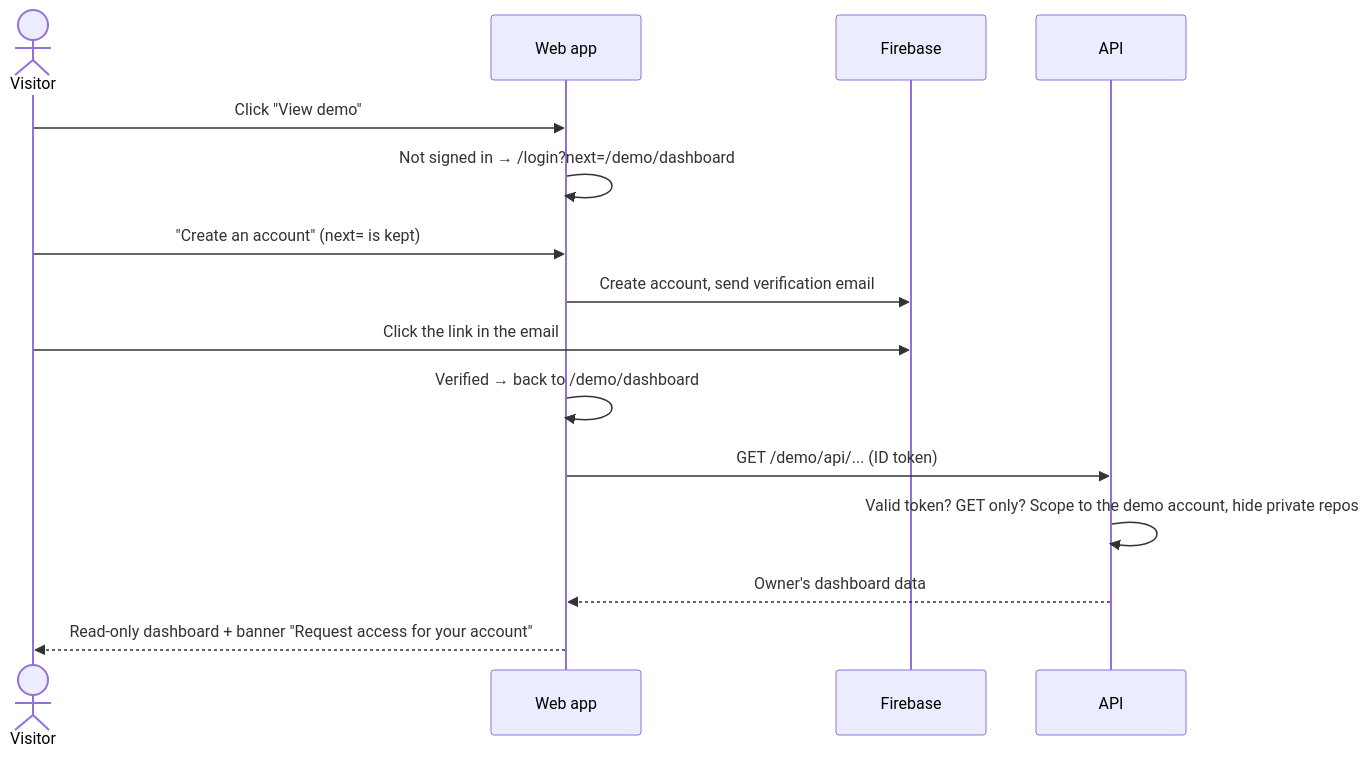
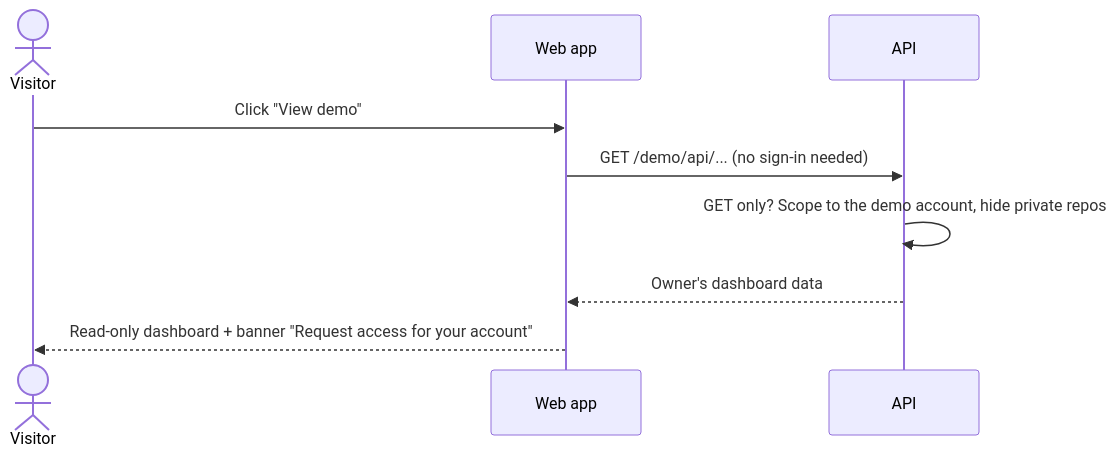
The first of 4 diagrams in docs/workflows.md (KalyanM45/GitPulse), drawn with Mermaid before and after one commit. The commit also changed other lines of this file and 11 other files, not shown here.

````diff
--- a/docs/workflows.md
+++ b/docs/workflows.md
@@ -24,17 +24,11 @@
 ```mermaid
 sequenceDiagram
     actor V as Visitor
     participant W as Web app
-    participant F as Firebase
     participant A as API
     V->>W: Click "View demo"
-    W->>W: Not signed in → /login?next=/demo/dashboard
-    V->>W: "Create an account" (next= is kept)
-    W->>F: Create account, send verification email
-    V->>F: Click the link in the email
-    W->>W: Verified → back to /demo/dashboard
-    W->>A: GET /demo/api/... (ID token)
-    A->>A: Valid token? GET only? Scope to the demo account, hide private repos
+    W->>A: GET /demo/api/... (no sign-in needed)
+    A->>A: GET only? Scope to the demo account, hide private repos
     A-->>W: Owner's dashboard data
     W-->>V: Read-only dashboard + banner "Request access for your account"
 ```
````
